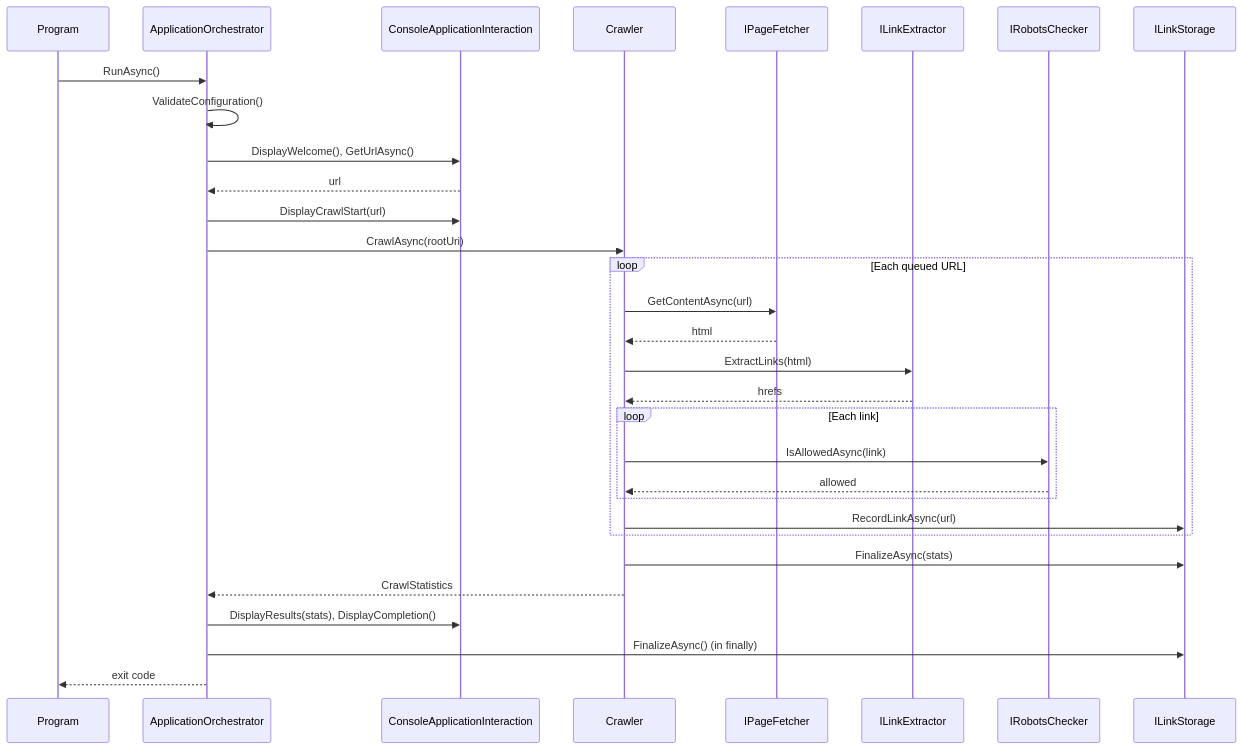
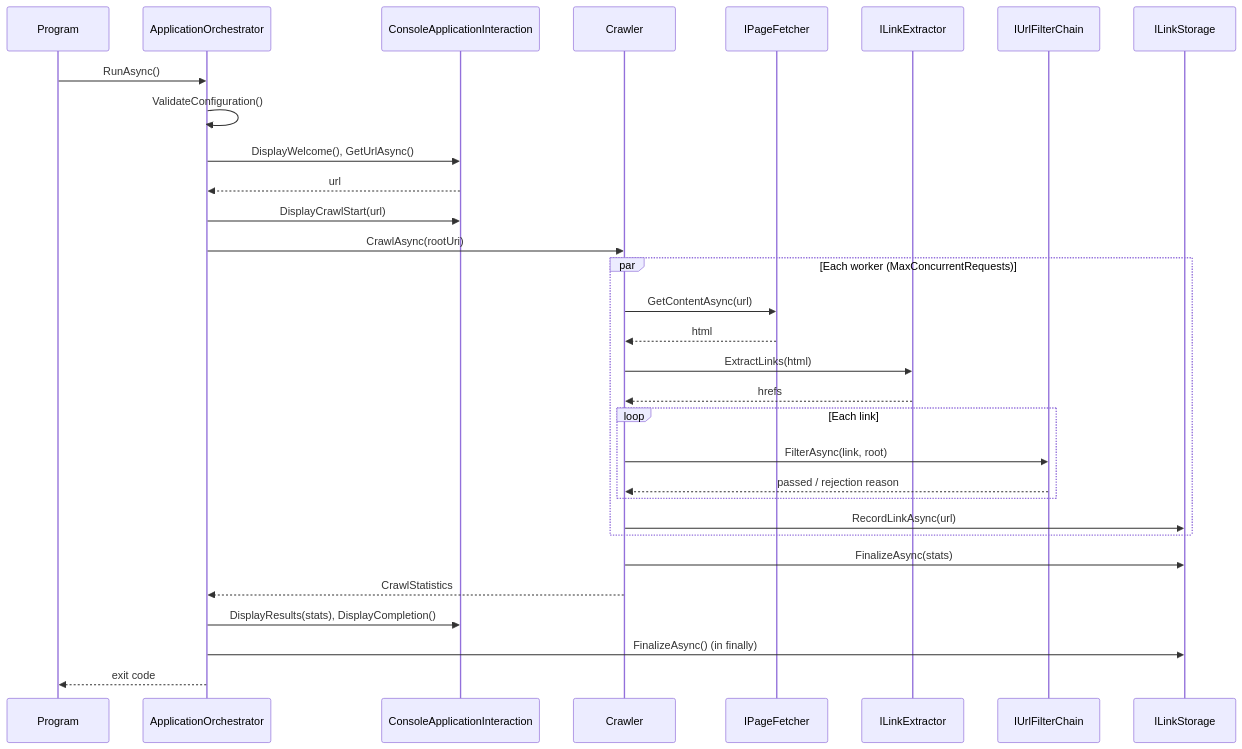
Before and after one commit to harshaniranawaka81/WebCrawler: the diagram in Documentation/PROGRAM_FLOW.md, drawn with Mermaid. The commit also changed other lines of this file and 39 other files, not shown here.

````diff
--- a/Documentation/PROGRAM_FLOW.md
+++ b/Documentation/PROGRAM_FLOW.md
@@ -82,34 +83,34 @@
 ```mermaid
 sequenceDiagram
 	participant P as Program
 	participant O as ApplicationOrchestrator
 	participant I as ConsoleApplicationInteraction
 	participant C as Crawler
 	participant F as IPageFetcher
 	participant L as ILinkExtractor
-	participant R as IRobotsChecker
+	participant R as IUrlFilterChain
 	participant S as ILinkStorage
 
 	P->>O: RunAsync()
 	O->>O: ValidateConfiguration()
 	O->>I: DisplayWelcome(), GetUrlAsync()
 	I-->>O: url
 	O->>I: DisplayCrawlStart(url)
 	O->>C: CrawlAsync(rootUri)
-	loop Each queued URL
+	par Each worker (MaxConcurrentRequests)
 		C->>F: GetContentAsync(url)
 		F-->>C: html
 		C->>L: ExtractLinks(html)
 		L-->>C: hrefs
 		loop Each link
-			C->>R: IsAllowedAsync(link)
-			R-->>C: allowed
+			C->>R: FilterAsync(link, root)
+			R-->>C: passed / rejection reason
 		end
 		C->>S: RecordLinkAsync(url)
 	end
 	C->>S: FinalizeAsync(stats)
 	C-->>O: CrawlStatistics
 	O->>I: DisplayResults(stats), DisplayCompletion()
 	O->>S: FinalizeAsync() (in finally)
 	O-->>P: exit code
 ```
````
